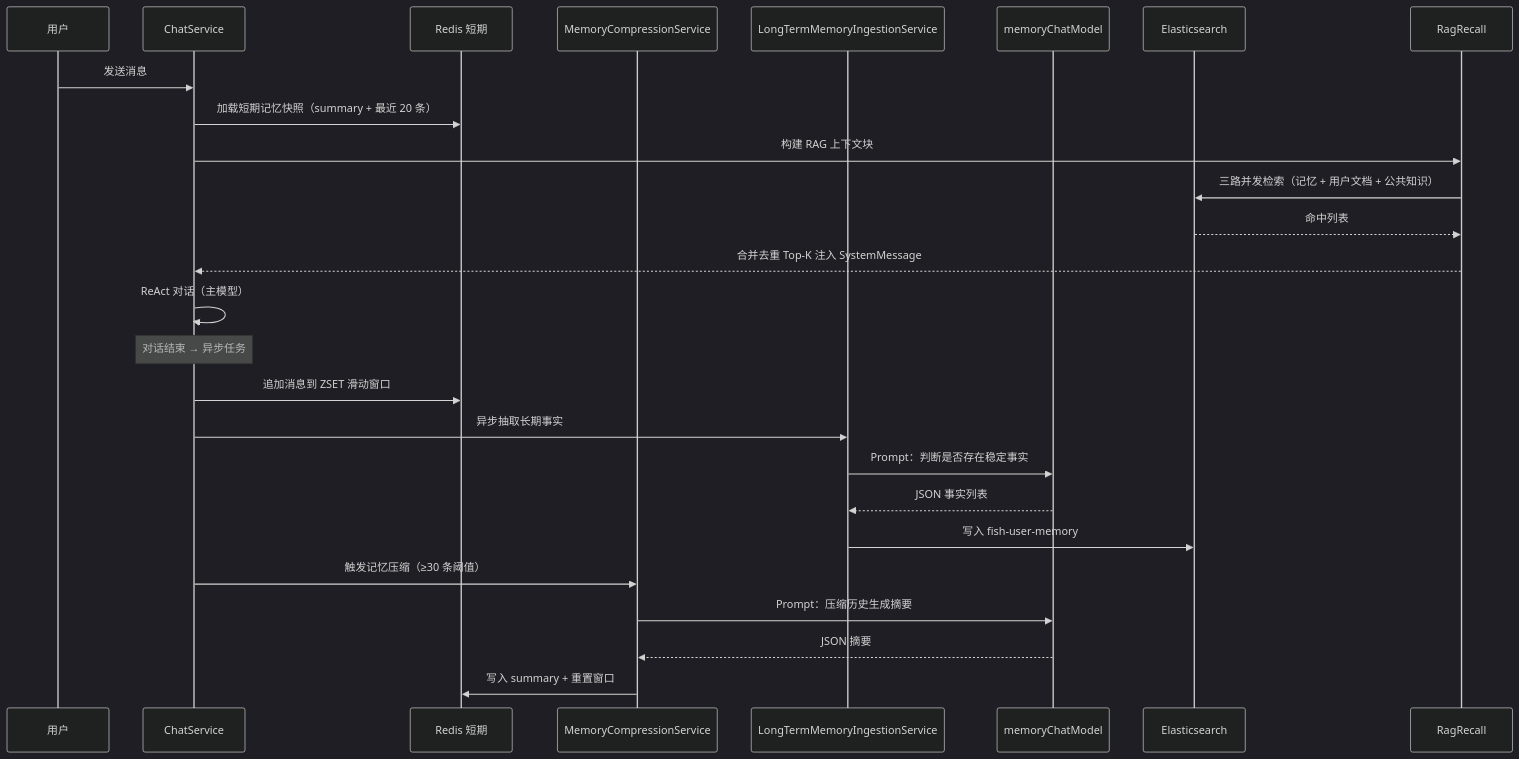
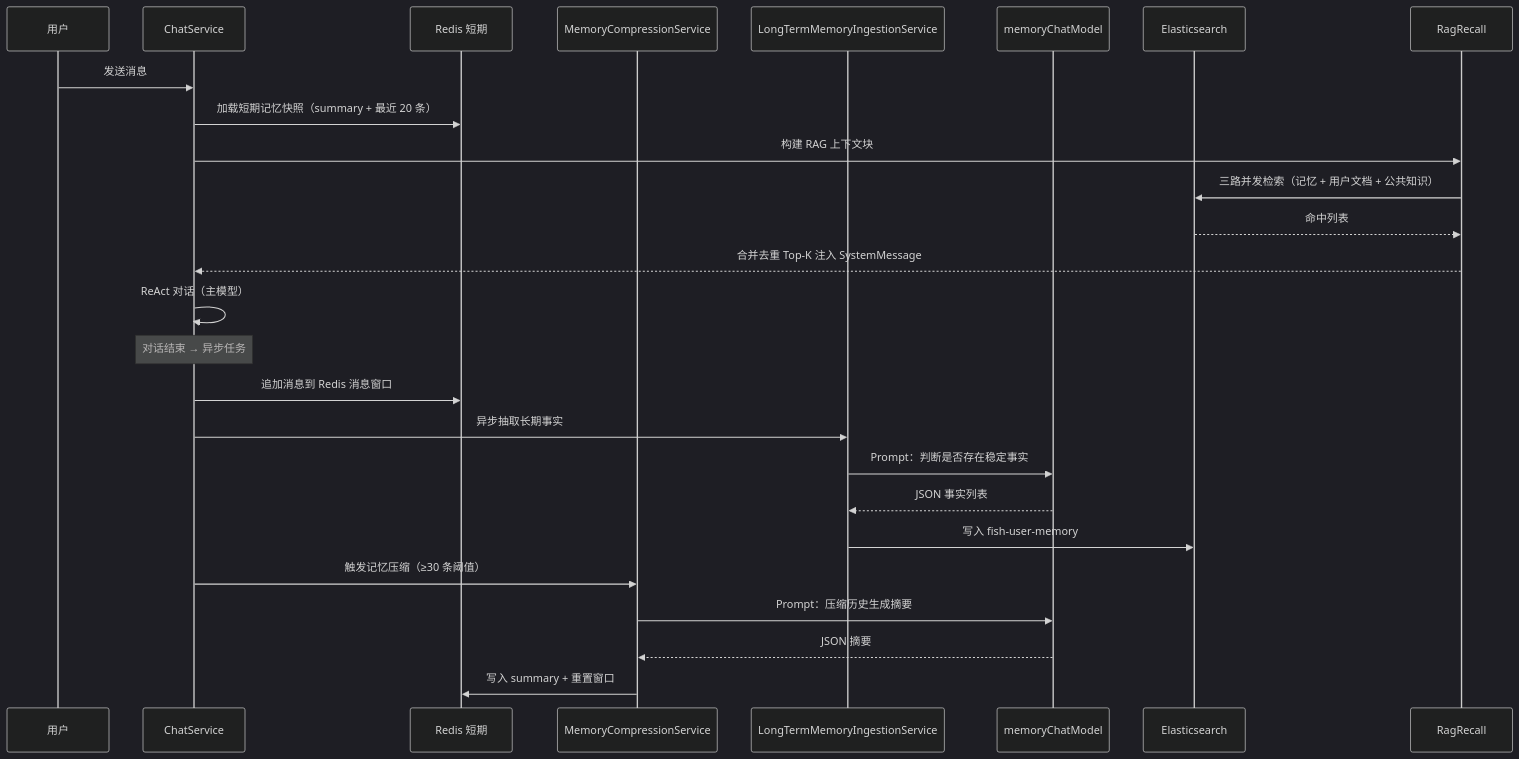
Before and after one commit to Yuyu123fish/Fish-Agent: the second of 3 diagrams in README.md, drawn with Mermaid (dark theme). The commit also changed other lines of this file, not shown here.

````diff
--- a/README.md
+++ b/README.md
@@ -71,30 +71,30 @@
 ```mermaid
 sequenceDiagram
     participant User as 用户
     participant CS as ChatService
     participant STS as Redis 短期
     participant Compress as MemoryCompressionService
     participant Ingest as LongTermMemoryIngestionService
     participant LLM as memoryChatModel
     participant ES as Elasticsearch
     participant RAG as RagRecall
 
     User->>CS: 发送消息
     CS->>STS: 加载短期记忆快照（summary + 最近 20 条）
     CS->>RAG: 构建 RAG 上下文块
     RAG->>ES: 三路并发检索（记忆 + 用户文档 + 公共知识）
     ES-->>RAG: 命中列表
     RAG-->>CS: 合并去重 Top-K 注入 SystemMessage
     CS->>CS: ReAct 对话（主模型）
 
     Note over CS: 对话结束 → 异步任务
-    CS->>STS: 追加消息到 ZSET 滑动窗口
+    CS->>STS: 追加消息到 Redis 消息窗口
     CS->>Ingest: 异步抽取长期事实
     Ingest->>LLM: Prompt：判断是否存在稳定事实
     LLM-->>Ingest: JSON 事实列表
     Ingest->>ES: 写入 fish-user-memory
     CS->>Compress: 触发记忆压缩（≥30 条阈值）
     Compress->>LLM: Prompt：压缩历史生成摘要
     LLM-->>Compress: JSON 摘要
     Compress->>STS: 写入 summary + 重置窗口
 ```
````
